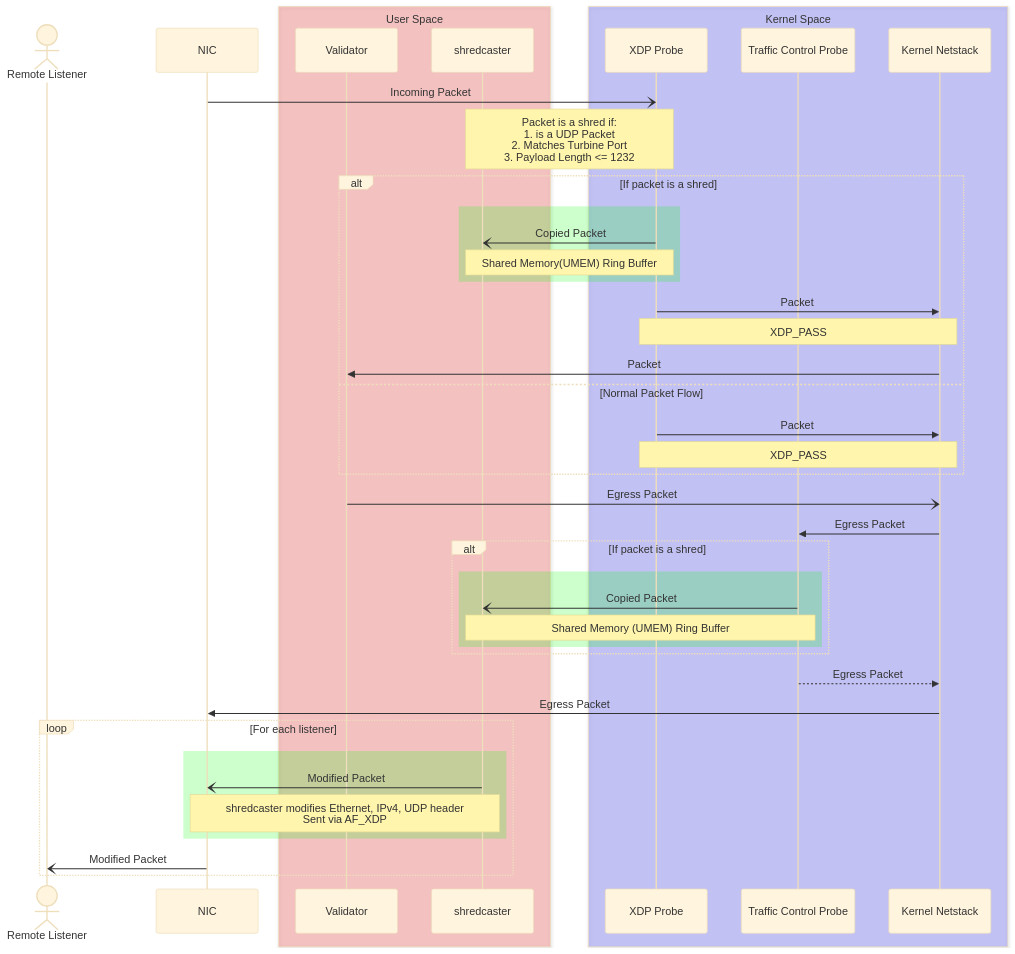
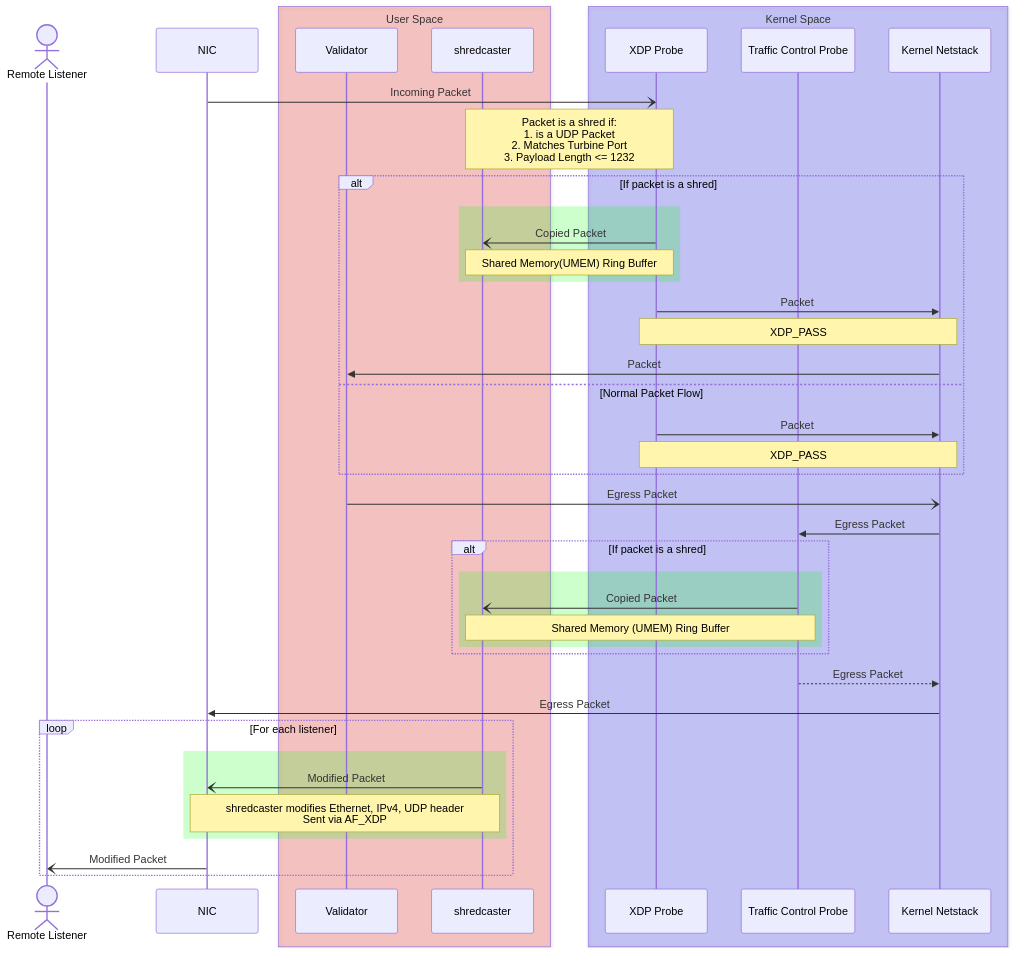
Before and after one commit to nuel77/shredcaster: the diagram in README.md, drawn with Mermaid.

````diff
--- a/README.md
+++ b/README.md
@@ -18,50 +18,49 @@
 ```mermaid
-%%{init: {"theme": "base"}}%%
 sequenceDiagram
     actor RL as Remote Listener
     participant NIC
 
     box rgba(255, 0, 0, 0.2) User Space
     participant V as Validator
     participant SC as shredcaster
     end
     box rgba(0, 0, 255, 0.2) Kernel Space
     participant XP as XDP Probe
     participant TC as Traffic Control Probe
     participant KN as Kernel Netstack
     end
 
     NIC -) XP: Incoming Packet
     Note over SC,XP: Packet is a shred if:<br>1. is a UDP Packet<br>2. Matches Turbine Port<br>3. Payload Length <= 1232
     alt If packet is a shred
         rect rgba(0, 255, 0, 0.2)
         XP -) SC: Copied Packet
         Note over XP,SC: Shared Memory(UMEM) Ring Buffer
         end
         XP ->> KN: Packet
         Note over XP,KN: XDP_PASS
         KN ->> V: Packet
     else Normal Packet Flow
         XP ->> KN: Packet
         Note over XP,KN: XDP_PASS
     end
 
     V -) KN: Egress Packet
     KN ->> TC: Egress Packet
     alt If packet is a shred
         rect rgba(0, 255, 0, 0.2)
         TC -) SC: Copied Packet
         Note Over TC,SC: Shared Memory (UMEM) Ring Buffer
         end
     end
     TC -->> KN: Egress Packet
     KN ->> NIC: Egress Packet
 
     loop For each listener
         rect rgba(0, 255, 0, 0.2)
         SC -) NIC: Modified Packet
         Note over SC, NIC: shredcaster modifies Ethernet, IPv4, UDP header<br> Sent via AF_XDP
         end
         NIC -) RL: Modified Packet
     end
 ```
````
